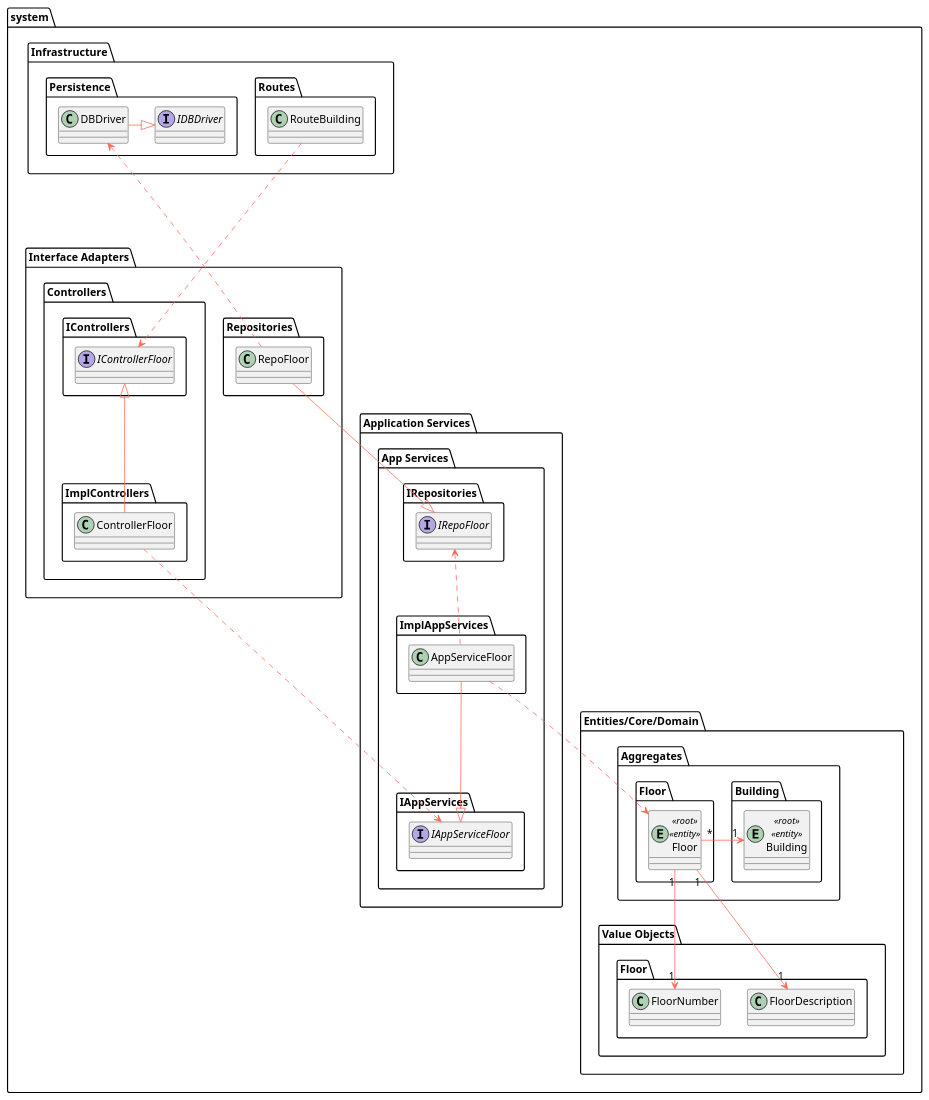
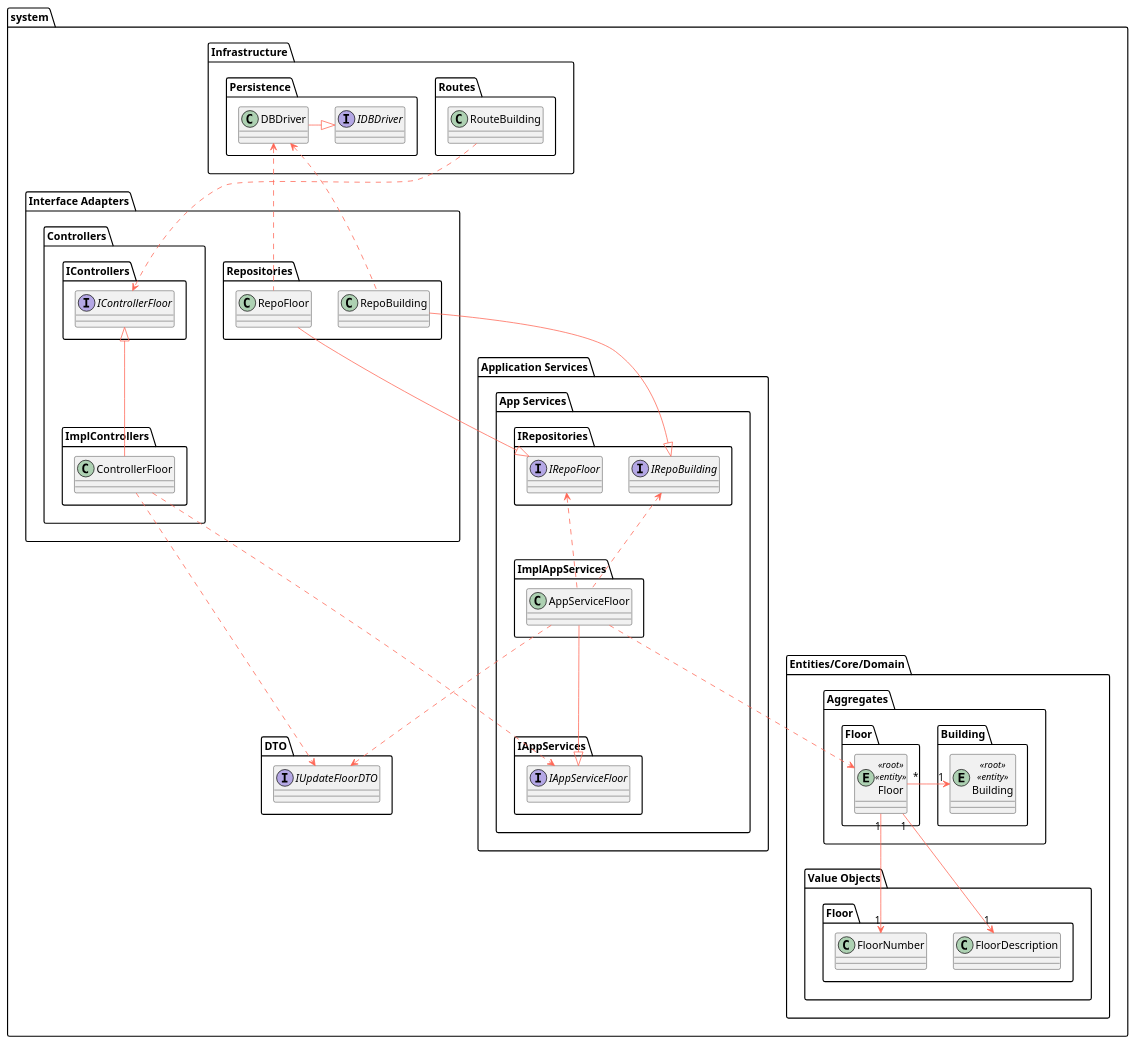
The diagram in docs/us200/level3/class-diagram.puml (Departamento-de-Engenharia-Informatica/lapr5-23-24-g19), drawn with PlantUML before and after one commit. The commit also changed 5 other files, not shown here.

Commit message:
docs(us200): updated level2 process view and class diagram

```diff
--- a/docs/us200/level3/class-diagram.puml
+++ b/docs/us200/level3/class-diagram.puml
@@ -1,109 +1,114 @@
 @startuml
 
 skinparam component {
     FontSize 16
     BackgroundColor<<Apache>> LightCoral
     BorderColor<<Apache>> #FF6655
     FontName Courier
     BorderColor black
     BackgroundColor DeepSkyBlue
     ArrowFontName Impact
     ArrowColor #FF6655
 }
 
 package system {
     package "Infrastructure" {
         package "Routes" {
             class RouteBuilding
         }
 
         package "Persistence" {
             interface IDBDriver
             class DBDriver
         }
 
+
         DBDriver -right-|> IDBDriver
     }
+
 
     package "Interface Adapters" {
         package "Controllers" {
             package "IControllers" {
                 interface IControllerFloor
             }
 
             package "ImplControllers" {
                 class ControllerFloor
             }
             ControllerFloor -up-|> IControllerFloor
         }
 
         package "Repositories" {
-
+            class RepoBuilding
             class RepoFloor
         }
 
 
         RepoFloor .up.> DBDriver
+        RepoBuilding .up.> DBDriver
 
-        RouteBuilding ....> IControllerFloor
+        RouteBuilding ..> IControllerFloor
     }
 
     package "Application Services" {
         package "App Services" {
             package "IAppServices" {
                 interface IAppServiceFloor
             }
 
             package "ImplAppServices" {
                 class AppServiceFloor
             }
 
             AppServiceFloor --|> IAppServiceFloor
 
             package "IRepositories" {
-
+                interface IRepoBuilding
                 interface IRepoFloor
             }
 
-
             RepoFloor --|> IRepoFloor
+            RepoBuilding --|> IRepoBuilding
         }
 
         ControllerFloor ..> IAppServiceFloor
+        AppServiceFloor .up.> IRepoFloor
+        AppServiceFloor .up.> IRepoBuilding
+    }
 
+    package "DTO" as p_DTO {
+        interface IUpdateFloorDTO
 
-        AppServiceFloor .up.> IRepoFloor
+        ControllerFloor ..> IUpdateFloorDTO
+        AppServiceFloor ..> IUpdateFloorDTO
     }
 
 
     package "Entities/Core/Domain" {
         package "Aggregates" {
             package "Building" as a_building {
                 entity Building <<root>> <<entity>>
             }
 
             package "Floor" as a_floor {
                 entity Floor <<root>> <<entity>>
             }
         }
 
         package "Value Objects" {
             package "Floor" as vo_floor {
                 class FloorDescription
                 class FloorNumber
             }
         }
 
         Floor "*" -right-> "1" Building
         Floor "1" --> "1" FloorDescription
         Floor "1" --> "1" FloorNumber
 
         AppServiceFloor ..> Floor
-
-        'package "Services" {
-        '}
     }
-
 }
 
 @enduml
```
